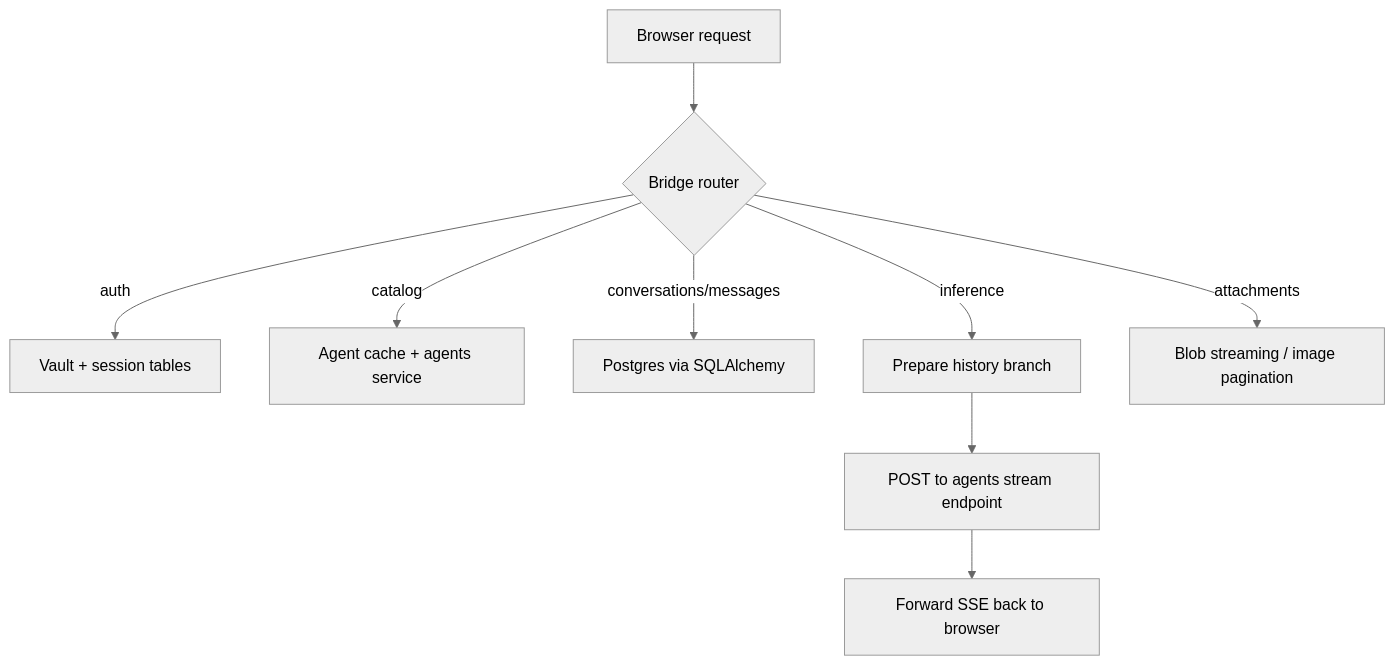
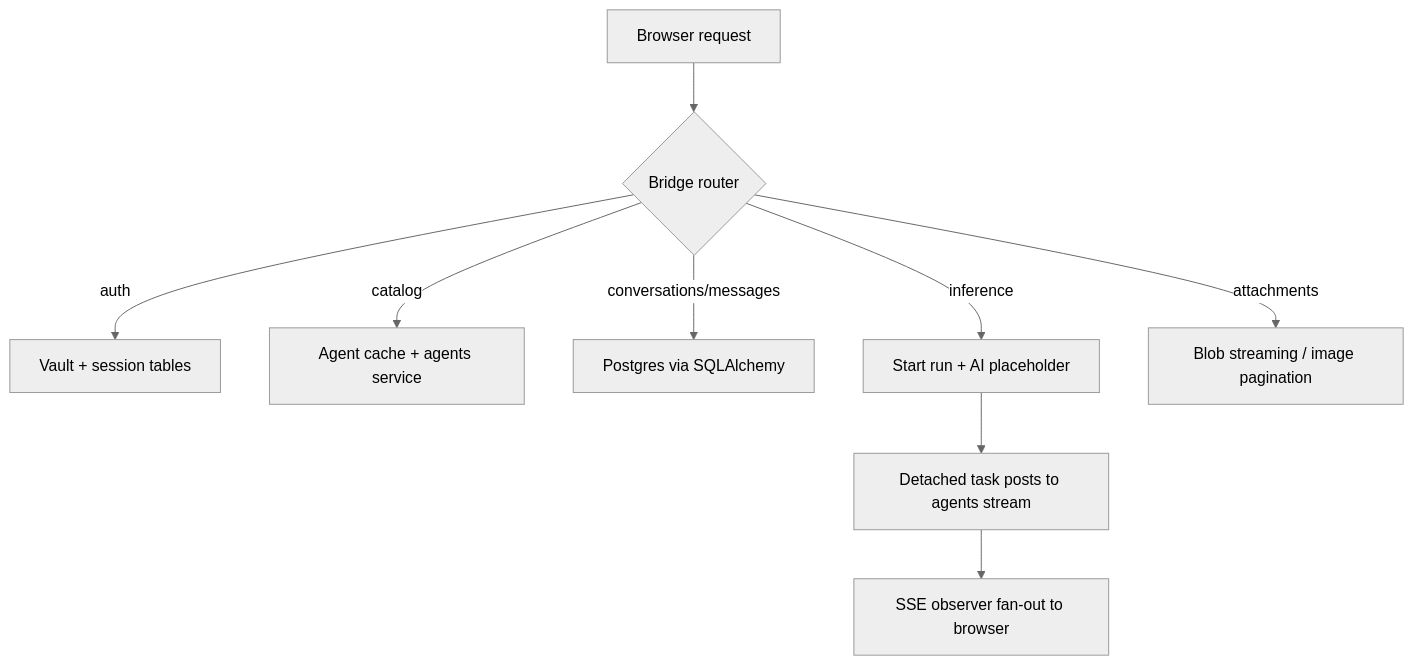
The second of 7 diagrams in src/dialogue_bridge/README.md (konstantinosmpouros/mAgenticX), drawn with Mermaid (neutral theme) before and after one commit. The commit also changed other lines of this file and 9 other files, not shown here.

````diff
--- a/src/dialogue_bridge/README.md
+++ b/src/dialogue_bridge/README.md
@@ -71,11 +71,11 @@
 ```mermaid
 flowchart TD
     A[Browser request] --> B{Bridge router}
     B -->|auth| C[Vault + session tables]
     B -->|catalog| D[Agent cache + agents service]
     B -->|conversations/messages| E[Postgres via SQLAlchemy]
-    B -->|inference| F[Prepare history branch]
-    F --> G[POST to agents stream endpoint]
-    G --> H[Forward SSE back to browser]
+    B -->|inference| F[Start run + AI placeholder]
+    F --> G[Detached task posts to agents stream]
+    G --> H[SSE observer fan-out to browser]
     B -->|attachments| I[Blob streaming / image pagination]
 ```
````
